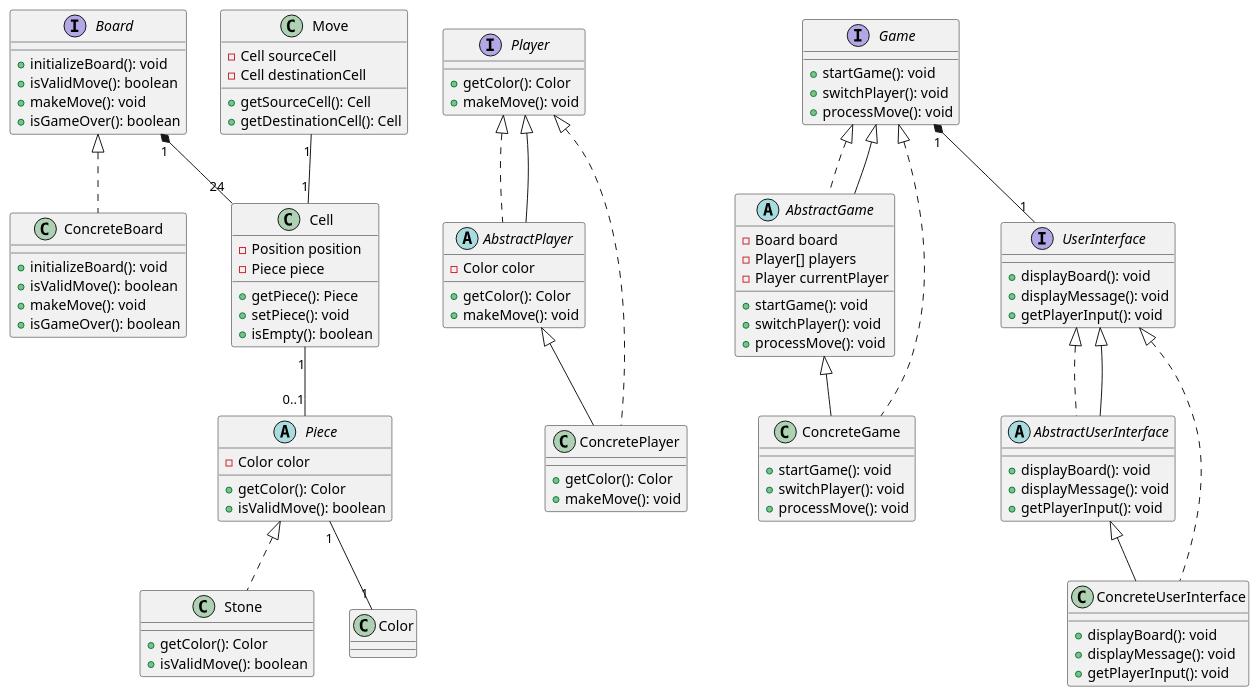
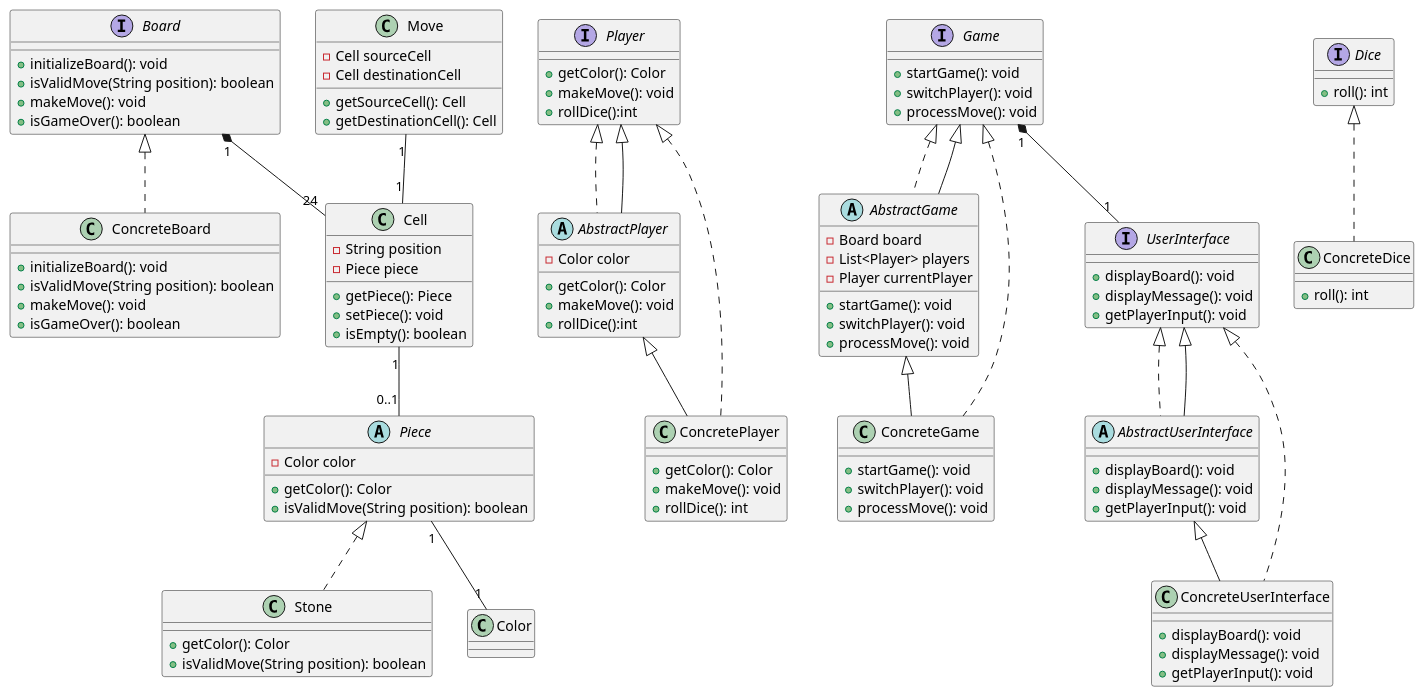
One commit to TSaavaMate/designPrincipes changed the diagram in designs/games/narde/narde.puml. Above: the diagram before and after it, drawn with PlantUML. The commit also changed 26 other files, not shown here.

```diff
--- a/designs/games/narde/narde.puml
+++ b/designs/games/narde/narde.puml
@@ -1,113 +1,125 @@
 @startuml
 
 interface Board {
   + initializeBoard(): void
-  + isValidMove(): boolean
+  + isValidMove(String position): boolean
   + makeMove(): void
   + isGameOver(): boolean
 }
 
 class ConcreteBoard {
   + initializeBoard(): void
-  + isValidMove(): boolean
+  + isValidMove(String position): boolean
   + makeMove(): void
   + isGameOver(): boolean
 }
 
 class Cell {
-  - Position position
+  - String position
   - Piece piece
   + getPiece(): Piece
   + setPiece(): void
   + isEmpty(): boolean
 }
 
 abstract class Piece {
   - Color color
   + getColor(): Color
-  + isValidMove(): boolean
+  + isValidMove(String position): boolean
 }
 
 class Stone {
   + getColor(): Color
-  + isValidMove(): boolean
+  + isValidMove(String position): boolean
 }
 
 interface Player {
   + getColor(): Color
   + makeMove(): void
+  +rollDice():int
 }
 
 abstract class AbstractPlayer implements Player {
   - Color color
   + getColor(): Color
   + makeMove(): void
+  +rollDice():int
 }
 
 class ConcretePlayer extends AbstractPlayer {
   + getColor(): Color
   + makeMove(): void
+  + rollDice(): int
 }
 
 class Move {
   - Cell sourceCell
   - Cell destinationCell
   + getSourceCell(): Cell
   + getDestinationCell(): Cell
 }
 
 interface Game {
   + startGame(): void
   + switchPlayer(): void
   + processMove(): void
 }
+interface Dice {
+  + roll(): int
+}
+
+class ConcreteDice implements Dice {
+  + roll(): int
+}
+
+
 
 abstract class AbstractGame implements Game {
   - Board board
-  - Player[] players
+  - List<Player> players
   - Player currentPlayer
   + startGame(): void
   + switchPlayer(): void
   + processMove(): void
 }
 
 class ConcreteGame extends AbstractGame {
   + startGame(): void
   + switchPlayer(): void
   + processMove(): void
 }
 
 interface UserInterface {
   + displayBoard(): void
   + displayMessage(): void
   + getPlayerInput(): void
 }
 
 abstract class AbstractUserInterface implements UserInterface {
   + displayBoard(): void
   + displayMessage(): void
   + getPlayerInput(): void
 }
 
 class ConcreteUserInterface extends AbstractUserInterface {
   + displayBoard(): void
   + displayMessage(): void
   + getPlayerInput(): void
 }
 
 Board <|.. ConcreteBoard
 Player <|.. ConcretePlayer
 Game <|.. ConcreteGame
 UserInterface <|.. ConcreteUserInterface
 Player <|-- AbstractPlayer
 Game <|-- AbstractGame
 UserInterface <|-- AbstractUserInterface
 
 Board "1" *-- "24" Cell
 Cell "1" -- "0..1" Piece
 Piece <|.. Stone
 Piece "1" -- "1" Color
 Move "1" -- "1" Cell
 Game "1" *-- "1" UserInterface
 
 @enduml
```
